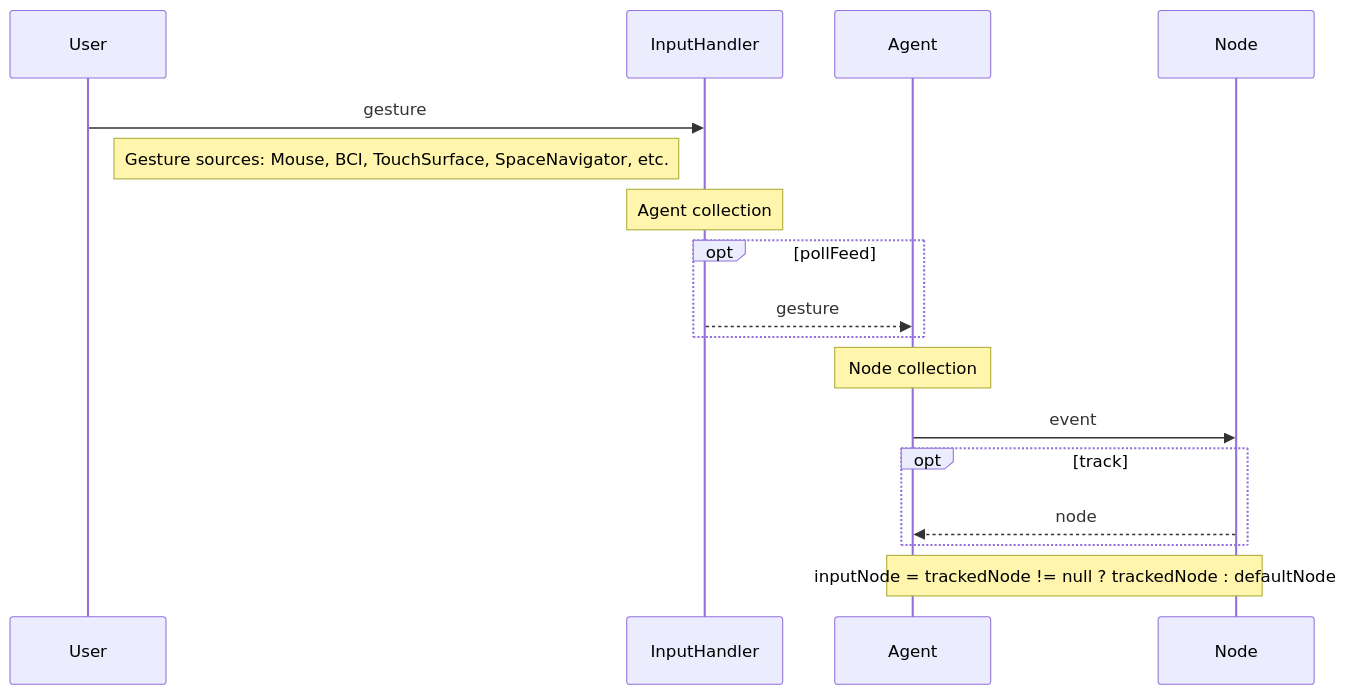
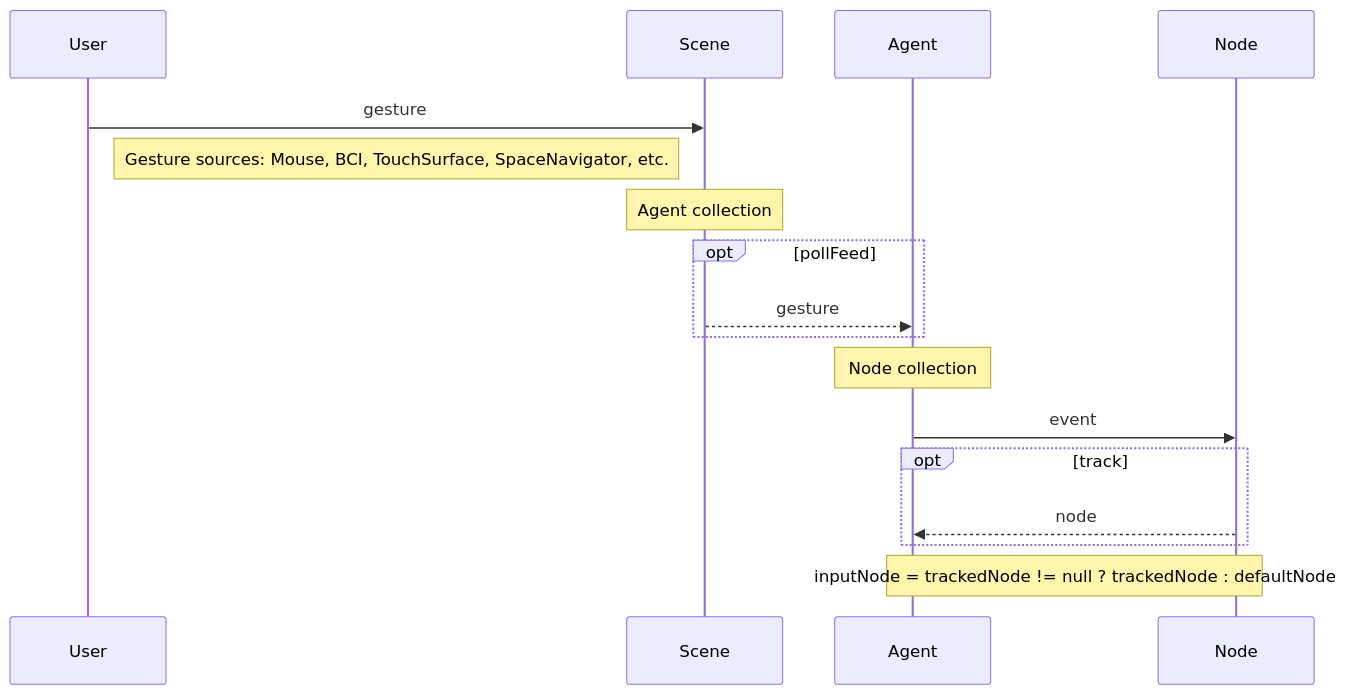
The diagram in fig/arch2a.mermaid (VisualComputing/Interaction), drawn with Mermaid before and after one commit. The commit also changed 6 other files, not shown here.

```diff
--- a/fig/arch2a.mermaid
+++ b/fig/arch2a.mermaid
@@ -1,15 +1,15 @@
 sequenceDiagram
-    User->>InputHandler: gesture
+    User->>Scene: gesture
     Note right of User: Gesture sources: Mouse, BCI, TouchSurface, SpaceNavigator, etc.
-    Note over InputHandler: Agent collection
+    Note over Scene: Agent collection
     opt pollFeed
-        InputHandler-->>Agent: gesture
+        Scene-->>Agent: gesture
     end
     Note over Agent: Node collection
     %loop poll
         Agent->>Node: event
     %end
     opt track
         Node-->>Agent: node
     end
     Note over Agent,Node: inputNode = trackedNode != null ? trackedNode : defaultNode
```
